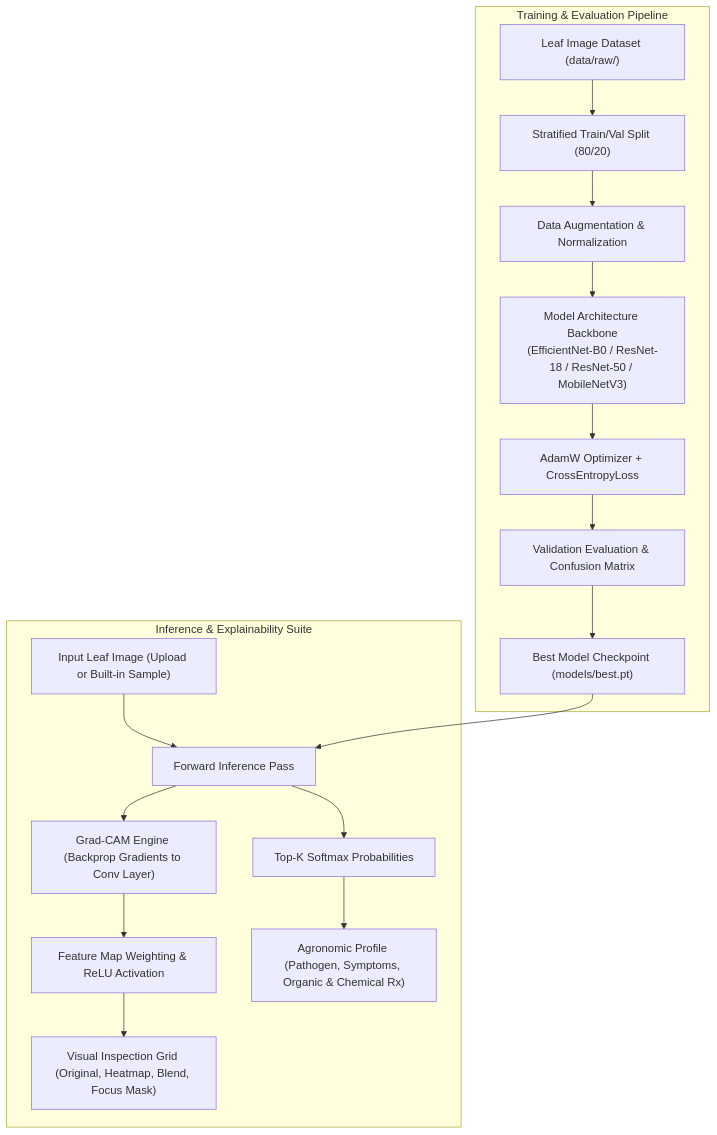
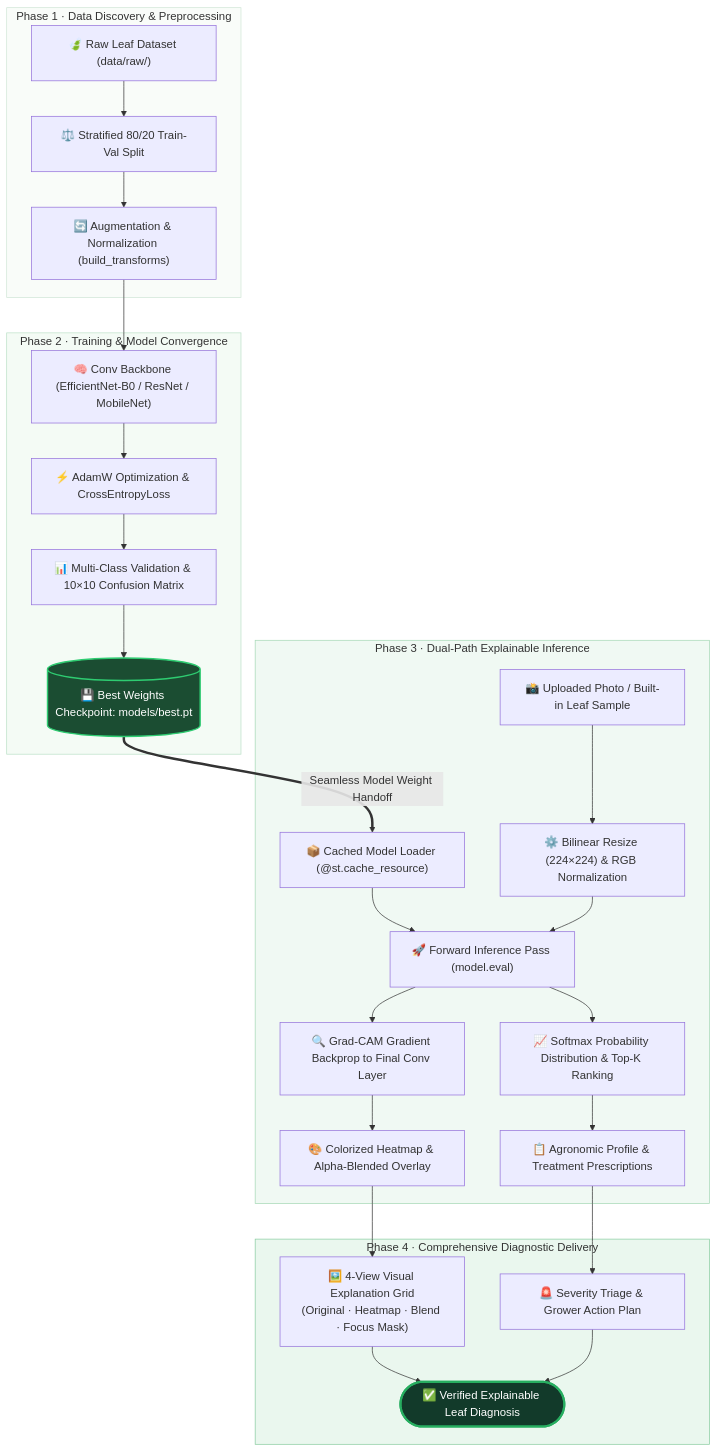
The diagram in README.md (amanyt11/Explainable-Tomato-Leaf-Disease-Detection-Using-AI-Ml), drawn with Mermaid before and after one commit. The commit also changed 1 other file, not shown here.

Commit message:
Enhance architectural flowchart transition and add smooth CSS animations to UI

````diff
--- a/README.md
+++ b/README.md
@@ -21,21 +21,47 @@
 ```mermaid
 flowchart TD
-    subgraph DataAndTraining["Training & Evaluation Pipeline"]
-        A["Leaf Image Dataset (data/raw/)"] --> B["Stratified Train/Val Split (80/20)"]
-        B --> C["Data Augmentation & Normalization"]
-        C --> D["Model Architecture Backbone<br/>(EfficientNet-B0 / ResNet-18 / ResNet-50 / MobileNetV3)"]
-        D --> E["AdamW Optimizer + CrossEntropyLoss"]
-        E --> F["Validation Evaluation & Confusion Matrix"]
-        F --> G["Best Model Checkpoint (models/best.pt)"]
+    %% Phase 1: Data Preparation
+    subgraph Phase1["Phase 1 · Data Discovery & Preprocessing"]
+        A["🍃 Raw Leaf Dataset (data/raw/)"] --> B["⚖️ Stratified 80/20 Train-Val Split"]
+        B --> C["🔄 Augmentation & Normalization (build_transforms)"]
     end
 
-    subgraph InferenceAndExplainability["Inference & Explainability Suite"]
-        H["Input Leaf Image (Upload or Built-in Sample)"] --> I["Forward Inference Pass"]
-        G --> I
-        I --> J["Top-K Softmax Probabilities"]
-        I --> K["Grad-CAM Engine (Backprop Gradients to Conv Layer)"]
-        K --> L["Feature Map Weighting & ReLU Activation"]
-        L --> M["Visual Inspection Grid (Original, Heatmap, Blend, Focus Mask)"]
-        J --> N["Agronomic Profile (Pathogen, Symptoms, Organic & Chemical Rx)"]
+    %% Phase 2: Model Training & Evaluation
+    subgraph Phase2["Phase 2 · Training & Model Convergence"]
+        C --> D["🧠 Conv Backbone (EfficientNet-B0 / ResNet / MobileNet)"]
+        D --> E["⚡ AdamW Optimization & CrossEntropyLoss"]
+        E --> F["📊 Multi-Class Validation & 10×10 Confusion Matrix"]
+        F --> G[("💾 Best Weights Checkpoint: models/best.pt")]
     end
+
+    %% Seamless Pipeline Transition
+    G ==>|"Seamless Model Weight Handoff"| H["📦 Cached Model Loader (@st.cache_resource)"]
+
+    %% Phase 3: Explainable Diagnostic Engine
+    subgraph Phase3["Phase 3 · Dual-Path Explainable Inference"]
+        UserLeaf["📸 Uploaded Photo / Built-in Leaf Sample"] --> TensorPrep["⚙️ Bilinear Resize (224×224) & RGB Normalization"]
+        H --> ForwardPass["🚀 Forward Inference Pass (model.eval)"]
+        TensorPrep --> ForwardPass
+        
+        ForwardPass --> ProbBranch["📈 Softmax Probability Distribution & Top-K Ranking"]
+        ForwardPass --> GradCAMBranch["🔍 Grad-CAM Gradient Backprop to Final Conv Layer"]
+        
+        GradCAMBranch --> HeatmapOverlay["🎨 Colorized Heatmap & Alpha-Blended Overlay"]
+        ProbBranch --> DiseaseProfileRx["📋 Agronomic Profile & Treatment Prescriptions"]
+    end
+
+    %% Phase 4: Diagnostic Delivery
+    subgraph Phase4["Phase 4 · Comprehensive Diagnostic Delivery"]
+        HeatmapOverlay --> VisualGrid["🖼️ 4-View Visual Explanation Grid<br/>(Original · Heatmap · Blend · Focus Mask)"]
+        DiseaseProfileRx --> ActionReport["🚨 Severity Triage & Grower Action Plan"]
+        VisualGrid --> FinalDiagnosis(["✅ Verified Explainable Leaf Diagnosis"])
+        ActionReport --> FinalDiagnosis
+    end
+
+    style G fill:#1b4d32,stroke:#2ecc71,stroke-width:2px,color:#fff
+    style FinalDiagnosis fill:#123a2a,stroke:#27ae60,stroke-width:3px,color:#fff
+    style Phase1 fill:#f9fcf9,stroke:#d0e6d6,stroke-width:1px
+    style Phase2 fill:#f4fbf5,stroke:#bce0c8,stroke-width:1px
+    style Phase3 fill:#f0f9f3,stroke:#a6d8b6,stroke-width:1px
+    style Phase4 fill:#eaf7ee,stroke:#89cca0,stroke-width:1px
 ```
````
